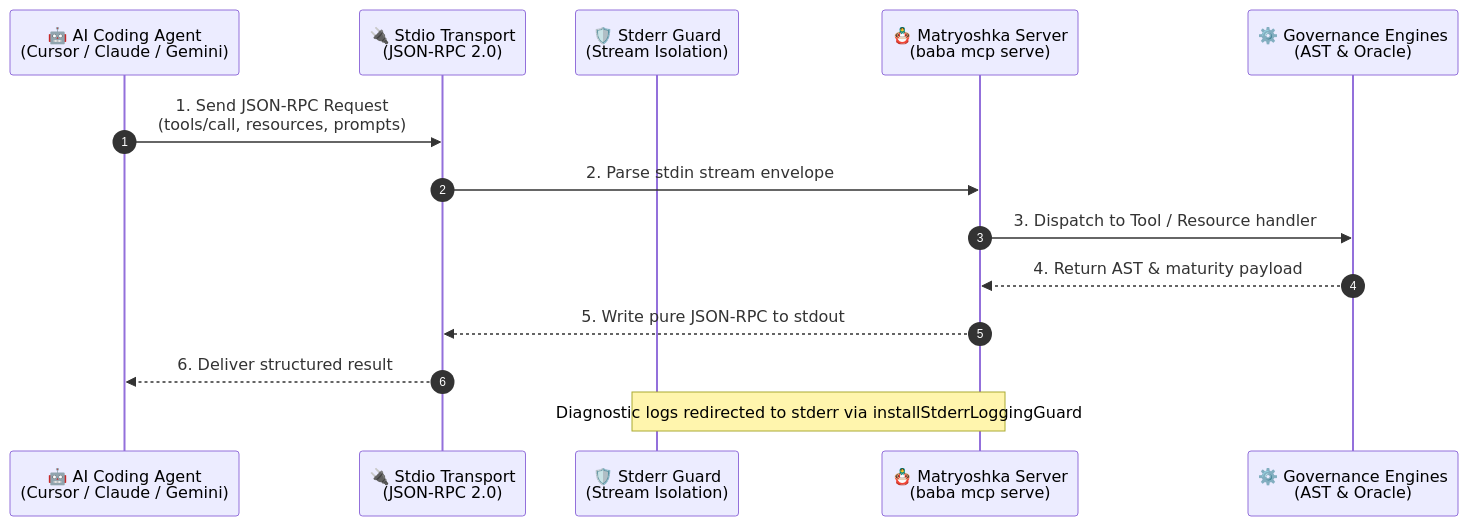
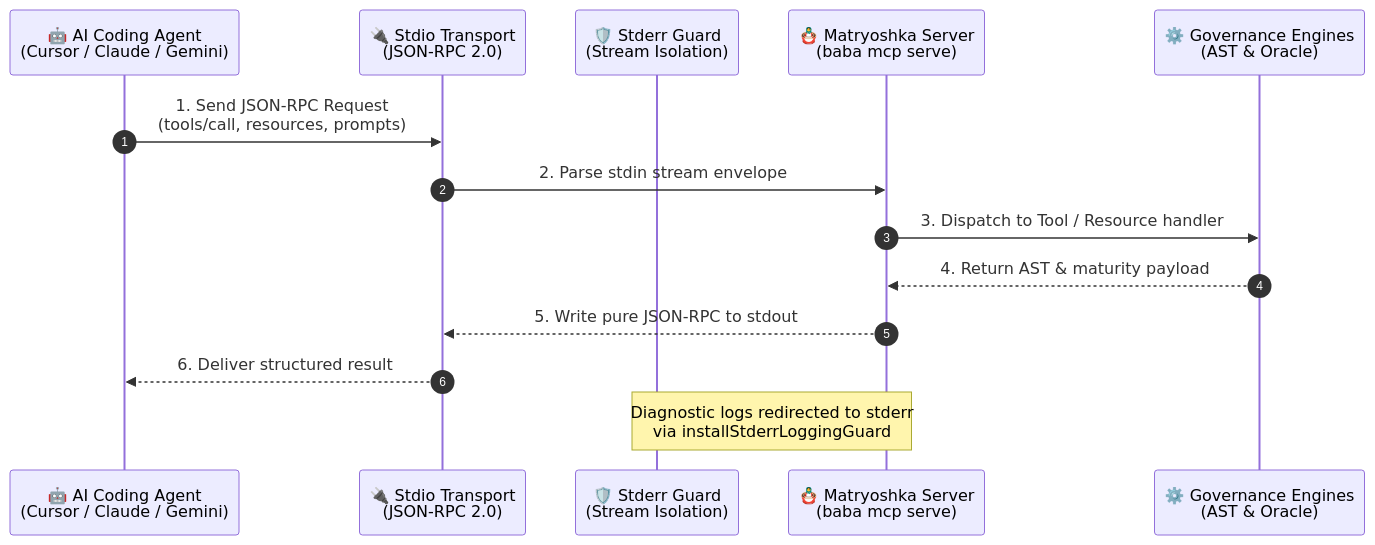
Before and after one commit to maiquelleonel/matryoshka-harness: the diagram in docs/guide/integrations/mcp-server.md, drawn with Mermaid. The commit also changed 5 other files, not shown here.

First line of the commit message:
feat(docs): implement robust dark-mode mermaid modal zoom with closed shadow DOM interception

````diff
--- a/docs/guide/integrations/mcp-server.md
+++ b/docs/guide/integrations/mcp-server.md
@@ -25,17 +25,17 @@
 ```mermaid
 sequenceDiagram
   autonumber
   participant Agent as 🤖 AI Coding Agent<br/>(Cursor / Claude / Gemini)
   participant Stdio as 🔌 Stdio Transport<br/>(JSON-RPC 2.0)
   participant Guard as 🛡️ Stderr Guard<br/>(Stream Isolation)
   participant Server as 🪆 Matryoshka Server<br/>(baba mcp serve)
   participant Engine as ⚙️ Governance Engines<br/>(AST & Oracle)
 
   Agent->>Stdio: 1. Send JSON-RPC Request<br/>(tools/call, resources, prompts)
   Stdio->>Server: 2. Parse stdin stream envelope
   Server->>Engine: 3. Dispatch to Tool / Resource handler
   Engine-->>Server: 4. Return AST & maturity payload
   Server-->>Stdio: 5. Write pure JSON-RPC to stdout
   Stdio-->>Agent: 6. Deliver structured result
-  Note over Guard,Server: Diagnostic logs redirected to stderr via installStderrLoggingGuard
+  Note over Guard,Server: Diagnostic logs redirected to stderr<br/>via installStderrLoggingGuard
 ```
````
